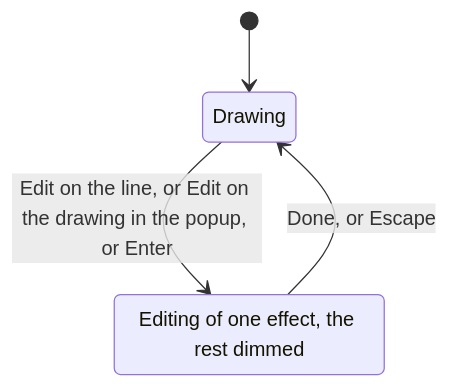
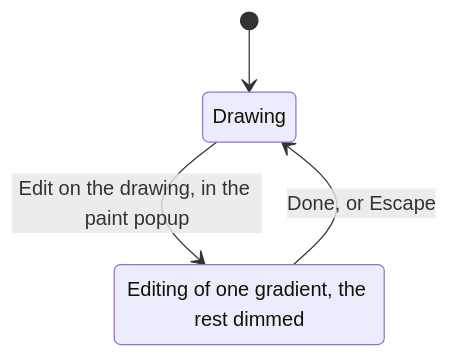
The diagram in symbols/04-drawing-mode/effects-and-masks.md (AlexandreGallais/synoptic-studio-spec), drawn with Mermaid before and after one commit. The commit also changed other lines of this file and 18 other files, not shown here.

````diff
--- a/symbols/04-drawing-mode/effects-and-masks.md
+++ b/symbols/04-drawing-mode/effects-and-masks.md
@@ -40,7 +45,7 @@
 ```mermaid
 stateDiagram-v2
     [*] --> Drawing
-    Drawing --> EffectEditing: Edit on the line, or Edit on the drawing in the popup, or Enter
-    EffectEditing --> Drawing: Done, or Escape
-    EffectEditing: Editing of one effect, the rest dimmed
+    Drawing --> GradientEditing: Edit on the drawing, in the paint popup
+    GradientEditing --> Drawing: Done, or Escape
+    GradientEditing: Editing of one gradient, the rest dimmed
 ```
````
